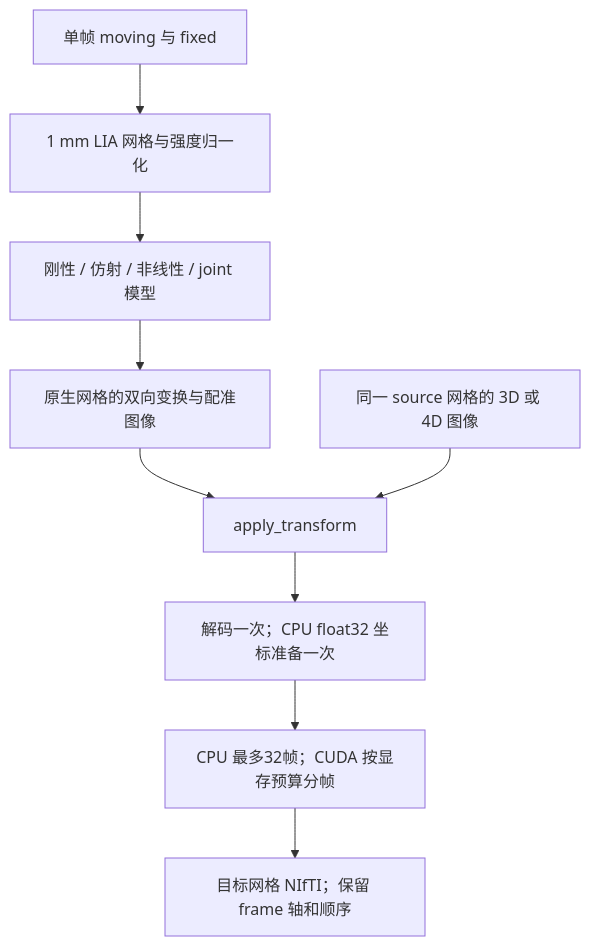
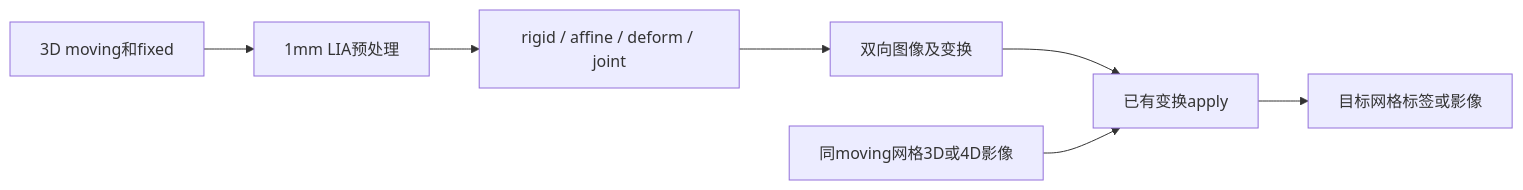
The diagram in docs/synthmorph/README.md (weikanggong1/Fudan-Neuroimaging-toolkit), drawn with Mermaid before and after one commit. The commit also changed other lines of this file and 91 other files, not shown here.

````diff
--- a/docs/synthmorph/README.md
+++ b/docs/synthmorph/README.md
@@ -11,11 +21,9 @@
 ```mermaid
-flowchart TD
-    A[单帧 moving 与 fixed] --> B[1 mm LIA 网格与强度归一化]
-    B --> C[刚性 / 仿射 / 非线性 / joint 模型]
-    C --> D[原生网格的双向变换与配准图像]
-    D --> E[apply_transform]
-    F[同一 source 网格的 3D 或 4D 图像] --> E
-    E --> G[解码一次；CPU float32 坐标准备一次]
-    G --> H[CPU 最多32帧；CUDA 按显存预算分帧]
-    H --> I[目标网格 NIfTI；保留 frame 轴和顺序]
+flowchart LR
+  A[3D moving和fixed] --> B[1mm LIA预处理]
+  B --> C[rigid / affine / deform / joint]
+  C --> D[双向图像及变换]
+  D --> E[已有变换apply]
+  F[同moving网格3D或4D影像] --> E
+  E --> G[目标网格标签或影像]
 ```
````
